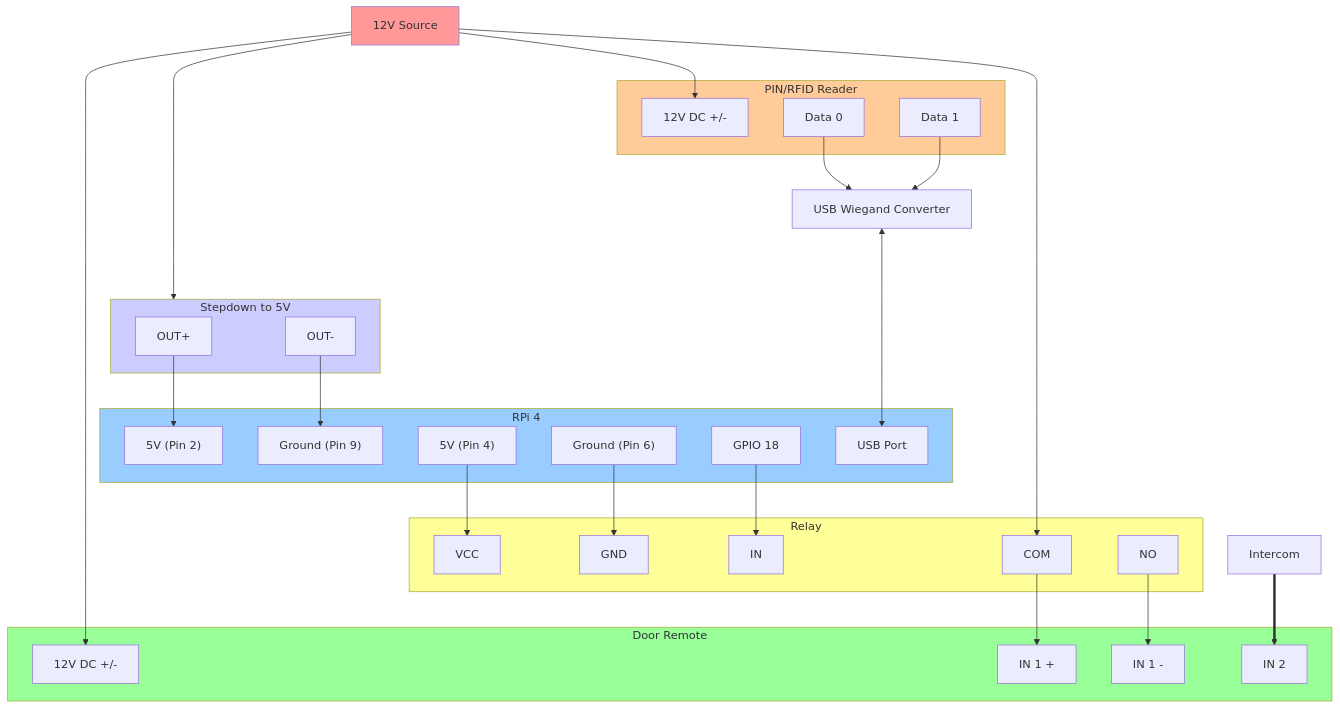
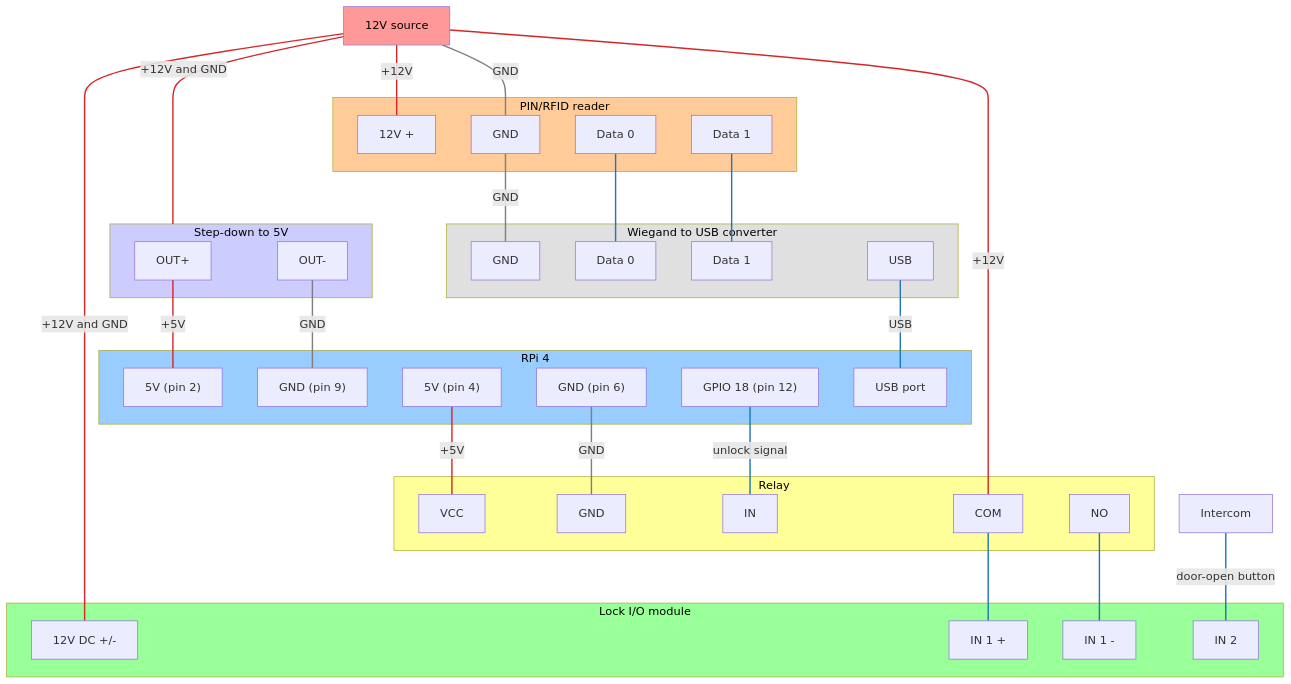
The diagram in services/access-api/README.md (jonasjancarik/anlok), drawn with Mermaid before and after one commit. The commit also changed other lines of this file, not shown here.

Commit message:
Redraw the wiring diagram with labelled wires and an explicit reader ground
The reader is now powered from the 12V source, so its Wiegand data lines
need a ground shared with the USB converter. The diagram draws that wire
instead of relying on the indirect path through the step-down and the Pi.

Wires are plain lines rather than arrows, labelled and coloured by what
they carry (power, ground, signal). The converter gets its own terminals,
GPIO 18 also shows its physical pin, and the door module is called the
lock I/O module, matching the text. The intercom link to IN 2 is labelled
and explained above the diagram.

The relay contact wiring itself is unchanged.

````diff
--- a/services/access-api/README.md
+++ b/services/access-api/README.md
@@ -41,53 +43,72 @@
 ```mermaid
 flowchart TD
-  subgraph doorRemote["Door Remote"]
-        drPower["12V DC +/-"]
-        drIn1Pos["IN 1 +"]
-        drIn1Neg["IN 1 -"]
-        drIn2["IN 2"]
+  src12V["12V source"]
+  intercom["Intercom"]
+  subgraph dcDc5V["Step-down to 5V"]
+        sdOutPos["OUT+"]
+        sdOutNeg["OUT-"]
   end
   subgraph rpi["RPi 4"]
-        rpi5vPin2["5V (Pin 2)"]
-        rpiGndPin9["Ground (Pin 9)"]
-        rpiGndPin6["Ground (Pin 6)"]
-        rpiGPIO18["GPIO 18"]
-        rpi5vPin4["5V (Pin 4)"]
-        rpiUSB["USB Port"]
-  end
-  subgraph dcDc5V["Stepdown to 5V"]
-        sdOutPos["OUT+"]
-        sdOutNeg["OUT-"]
+        rpi5vPin2["5V (pin 2)"]
+        rpiGndPin9["GND (pin 9)"]
+        rpi5vPin4["5V (pin 4)"]
+        rpiGndPin6["GND (pin 6)"]
+        rpiGPIO18["GPIO 18 (pin 12)"]
+        rpiUSB["USB port"]
   end
   subgraph relay["Relay"]
         relayVcc["VCC"]
         relayGnd["GND"]
         relayIn["IN"]
         relayCom["COM"]
         relayNo["NO"]
   end
-  subgraph pinRfid["PIN/RFID Reader"]
-        reader12V["12V DC +/-"]
+  subgraph pinRfid["PIN/RFID reader"]
+        readerPos["12V +"]
+        readerGnd["GND"]
         readerData0["Data 0"]
         readerData1["Data 1"]
   end
+  subgraph usbWiegand["Wiegand to USB converter"]
+        convGnd["GND"]
+        convData0["Data 0"]
+        convData1["Data 1"]
+        convUsb["USB"]
+  end
+  subgraph ioModule["Lock I/O module"]
+        ioPower["12V DC +/-"]
+        ioIn1Pos["IN 1 +"]
+        ioIn1Neg["IN 1 -"]
+        ioIn2["IN 2"]
+  end
 
-    src12V["12V Source"] --> dcDc5V & drPower & relayCom & reader12V
-    sdOutPos --> rpi5vPin2
-    sdOutNeg --> rpiGndPin9
-    rpiGndPin6 --> relayGnd
-    rpiGPIO18 --> relayIn
-    usbWiegand["USB Wiegand Converter"] <----> rpiUSB
-    intercom["Intercom"] ==> drIn2
-    readerData0 --> usbWiegand
-    readerData1 --> usbWiegand
-    relayCom --> drIn1Pos
-    relayNo --> drIn1Neg
-    rpi5vPin4 --> relayVcc
+    src12V ---|"+12V and GND"| dcDc5V
+    src12V ---|"+12V and GND"| ioPower
+    src12V ---|"+12V"| readerPos
+    src12V ---|"+12V"| relayCom
+    sdOutPos ---|"+5V"| rpi5vPin2
+    rpi5vPin4 ---|"+5V"| relayVcc
+    src12V ---|"GND"| readerGnd
+    sdOutNeg ---|"GND"| rpiGndPin9
+    rpiGndPin6 ---|"GND"| relayGnd
+    readerGnd ---|"GND"| convGnd
+    rpiGPIO18 ---|"unlock signal"| relayIn
+    readerData0 --- convData0
+    readerData1 --- convData1
+    convUsb ---|"USB"| rpiUSB
+    relayCom --- ioIn1Pos
+    relayNo --- ioIn1Neg
+    intercom ---|"door-open button"| ioIn2
 
-    style src12V fill:#ff9999
-    style dcDc5V fill:#ccccff
-    style rpi fill:#99ccff
-    style pinRfid fill:#ffcc99
-    style doorRemote fill:#99ff99
-    style relay fill:#ffff99
+    linkStyle 0,1,2,3,4,5 stroke:#d62728,stroke-width:2px
+    linkStyle 6,7,8,9 stroke:#7f7f7f,stroke-width:2px
+    linkStyle 10,11,12,13,14,15,16 stroke:#1f77b4,stroke-width:2px
+
+    style src12V fill:#ff9999,color:#000
+    style dcDc5V fill:#ccccff,color:#000
+    style rpi fill:#99ccff,color:#000
+    style pinRfid fill:#ffcc99,color:#000
+    style usbWiegand fill:#e0e0e0,color:#000
+    style ioModule fill:#99ff99,color:#000
+    style relay fill:#ffff99,color:#000
 ```
````
